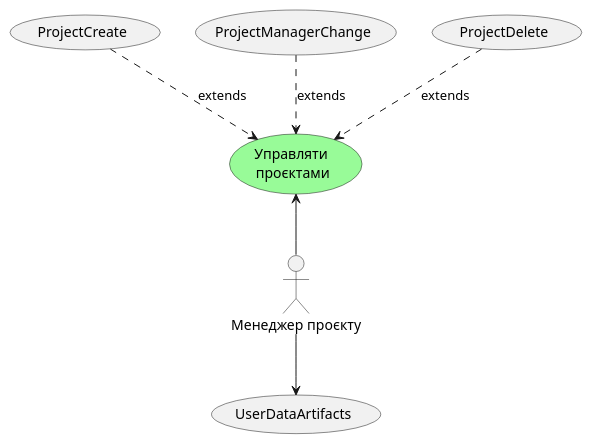
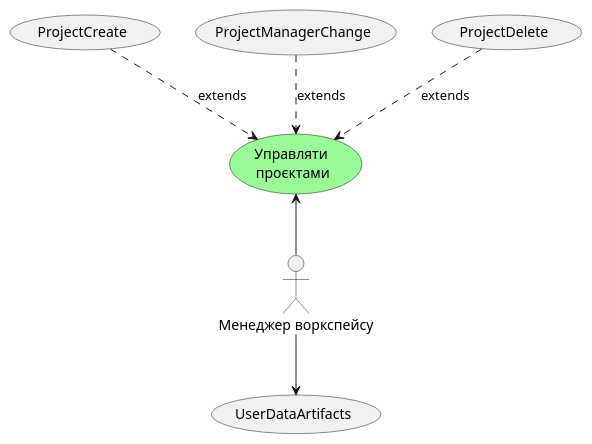
The third of 15 diagrams in docs/use cases/README.md (yaryna-bashchak/db_course_work), drawn with PlantUML before and after one commit. The commit also changed other lines of this file, not shown here.

```diff
--- a/docs/use cases/README.md
+++ b/docs/use cases/README.md
@@ -12,20 +82,20 @@
 @startuml
 
-actor "Менеджер проєкту"
+actor "Менеджер воркспейсу"
 usecase "Управляти \nпроєктами" as MANAGEPROJ #palegreen
 usecase "UserDataArtifacts" as UDARTIF
 
-"Менеджер проєкту" -u-> MANAGEPROJ
+"Менеджер воркспейсу" -u-> MANAGEPROJ
 
 usecase "ProjectCreate" as CRPROJ
 usecase "ProjectManagerChange" as CHMANAGERPROJ
 usecase "ProjectDelete" as DELPROJ
 
 CRPROJ .d.> MANAGEPROJ :extends
 CHMANAGERPROJ .d.> MANAGEPROJ :extends
 DELPROJ .d.> MANAGEPROJ :extends
 
 
-"Менеджер проєкту" -d-> UDARTIF
+"Менеджер воркспейсу" -d-> UDARTIF
 
 @enduml
```
